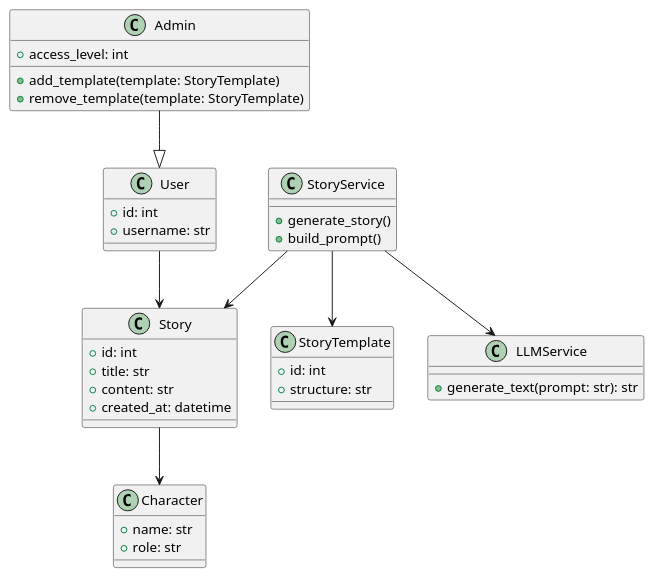
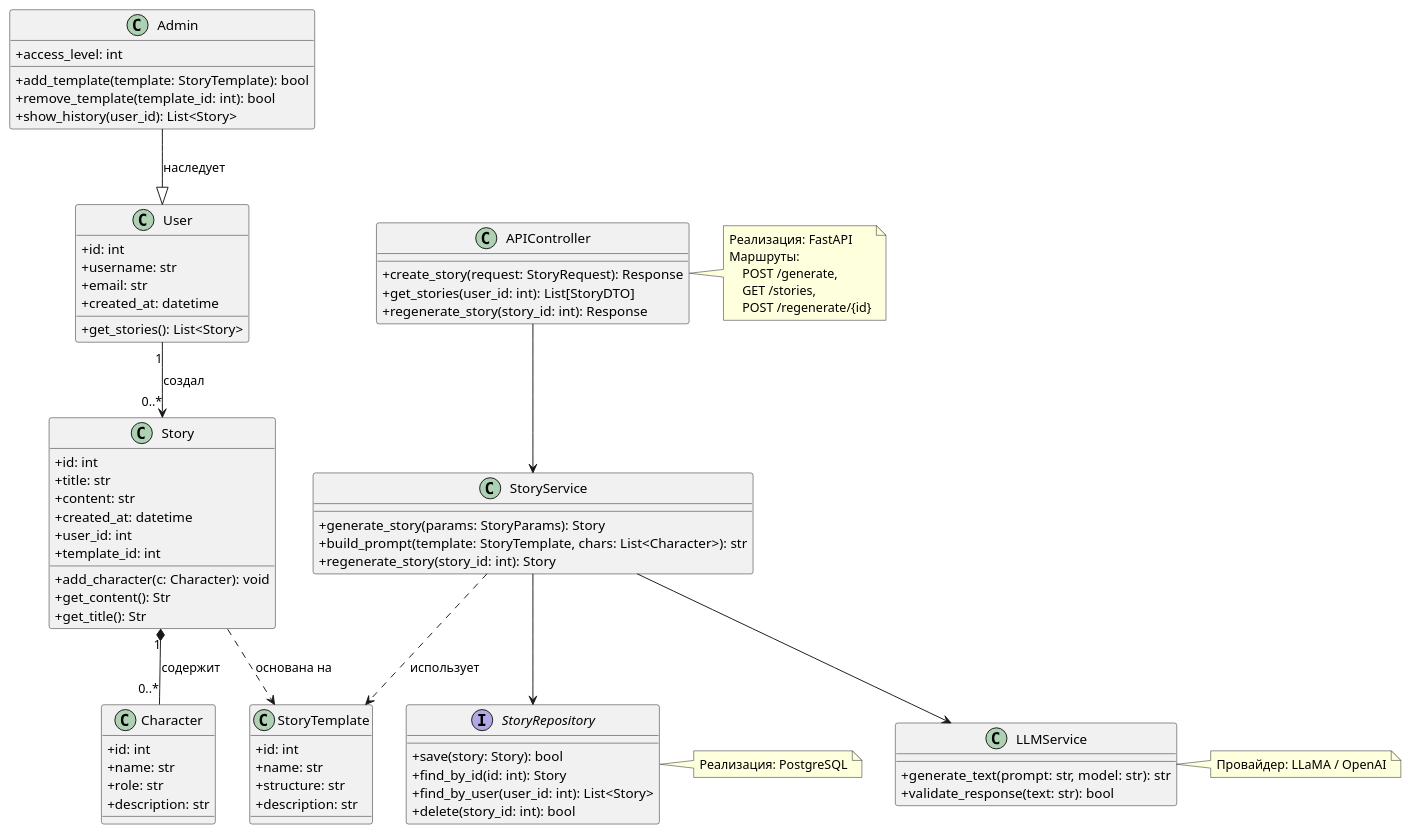
Before and after one commit to Kvazistam/herzen: the diagram in LWS/diagrams/class_diagram.wsd, drawn with PlantUML. The commit also changed 5 other files, not shown here.

Commit message:
change uml diagrams

```diff
--- a/LWS/diagrams/class_diagram.wsd
+++ b/LWS/diagrams/class_diagram.wsd
@@ -1,48 +1,94 @@
 @startuml
+skinparam classAttributeIconSize 0
 
-class Character {
-  +name: str
-  +role: str
+class User {
+  +id: int
+  +username: str
+  +email: str
+  +created_at: datetime
+  +get_stories(): List<Story>
 }
 
-class StoryTemplate {
-  +id: int
-  +structure: str
+class Admin {
+  +access_level: int
+  +add_template(template: StoryTemplate): bool
+  +remove_template(template_id: int): bool
+  +show_history(user_id): List<Story>
 }
 
 class Story {
   +id: int
   +title: str
   +content: str
   +created_at: datetime
+  +user_id: int
+  +template_id: int
+  +add_character(c: Character): void
+  +get_content(): Str
+  +get_title(): Str
 }
 
-class User {
+class Character {
   +id: int
-  +username: str
+  +name: str
+  +role: str
+  +description: str
 }
 
-class Admin {
-  +access_level: int
-  +add_template(template: StoryTemplate)
-  +remove_template(template: StoryTemplate)
+class StoryTemplate {
+  +id: int
+  +name: str
+  +structure: str
+  +description: str
 }
 
 class StoryService {
-  +generate_story()
-  +build_prompt()
+  +generate_story(params: StoryParams): Story
+  +build_prompt(template: StoryTemplate, chars: List<Character>): str
+  +regenerate_story(story_id: int): Story
 }
 
 class LLMService {
-  +generate_text(prompt: str): str
+  +generate_text(prompt: str, model: str): str
+  +validate_response(text: str): bool
 }
 
-User --> Story
-Story --> Character
-StoryService --> Story
-StoryService --> StoryTemplate
+interface StoryRepository {
+  +save(story: Story): bool
+  +find_by_id(id: int): Story
+  +find_by_user(user_id: int): List<Story>
+  +delete(story_id: int): bool
+}
+
+class APIController {
+  +create_story(request: StoryRequest): Response
+  +get_stories(user_id: int): List[StoryDTO]
+  +regenerate_story(story_id: int): Response
+}
+
+
+' Наследование
+Admin --|> User : наследует
+
+' Связи сущностей
+Story "1" *-- "0..*" Character : содержит 
+Story ..> StoryTemplate : основана на 
+User "1" --> "0..*" Story : создал 
+
+' Сервисные зависимости
+APIController --> StoryService
+StoryService --> StoryRepository
 StoryService --> LLMService
+StoryService ..> StoryTemplate : использует 
 
-Admin --|> User
-
+' Примечания
+note right of StoryRepository: Реализация: PostgreSQL
+note right of LLMService: Провайдер: LLaMA / OpenAI
+note right of APIController
+  Реализация: FastAPI
+  Маршруты: 
+      POST /generate, 
+      GET /stories, 
+      POST /regenerate/{id}
+end note
 @enduml
```
